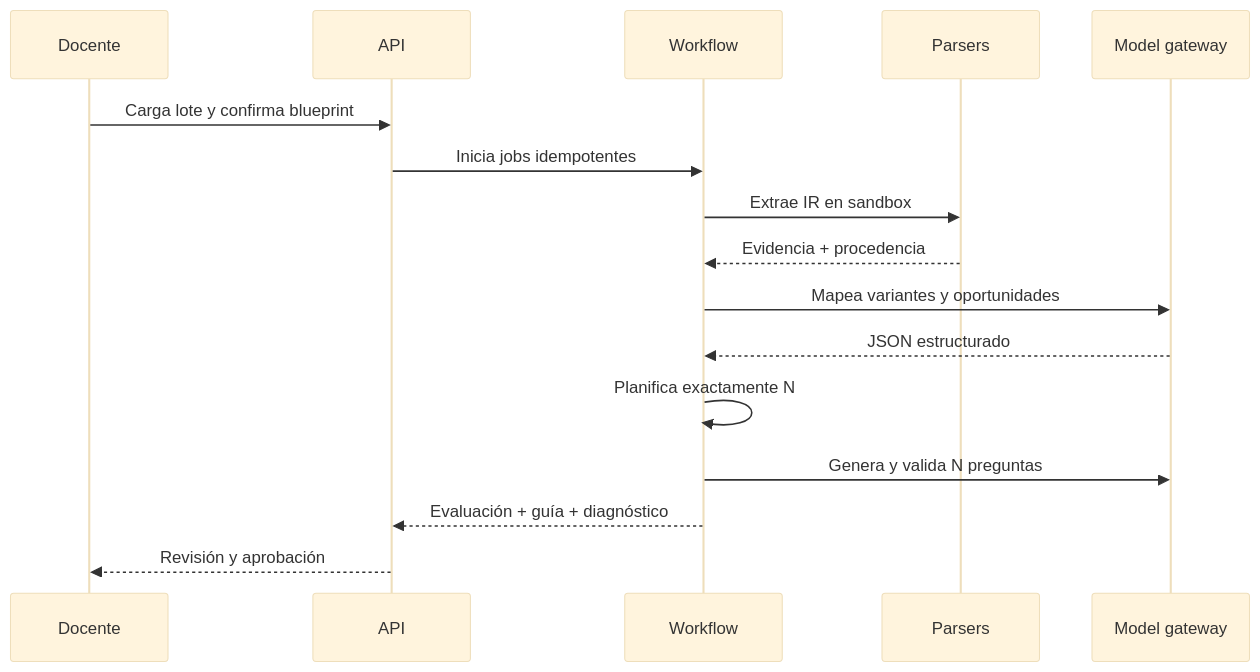
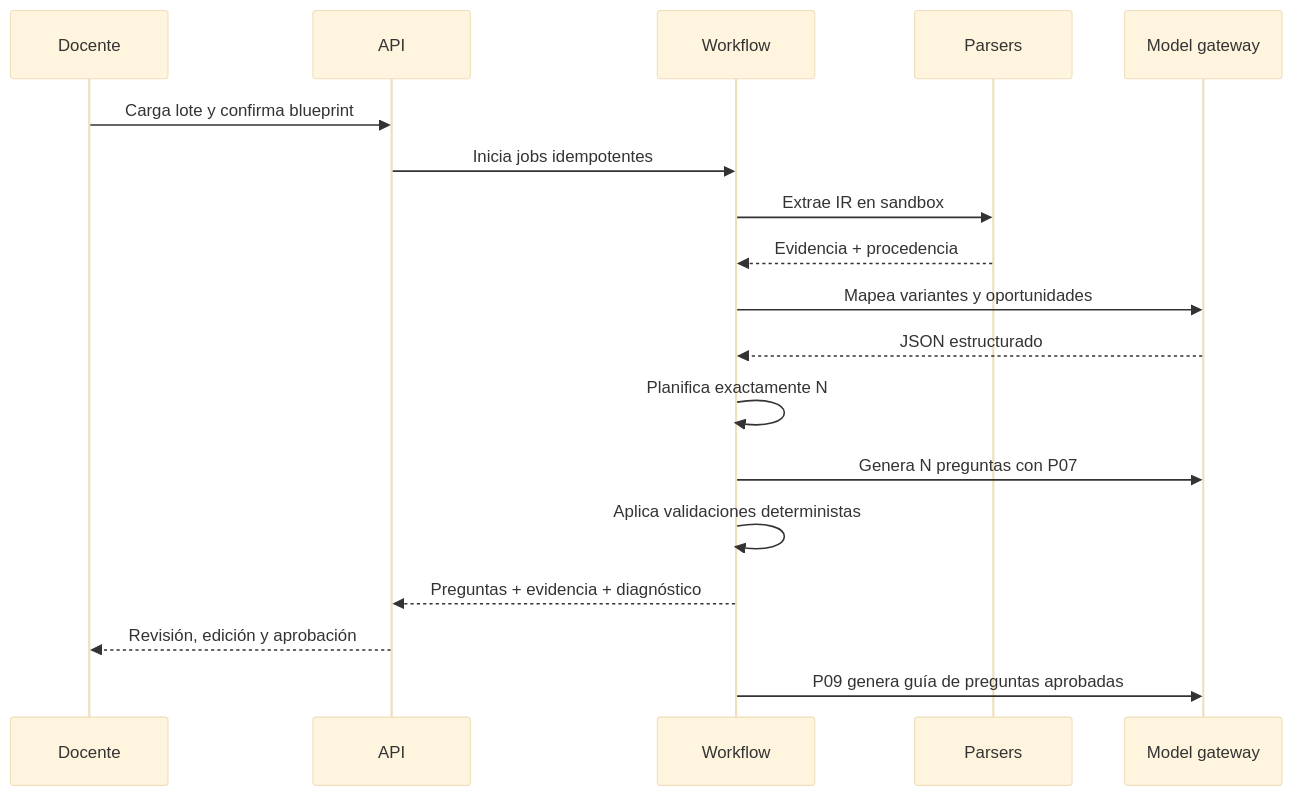
Before and after one commit to WilJms/PruebasPersonalizadas: the sixth of 6 diagrams in specification/00_Especificacion_Arquitectura_v1.1(1).md, drawn with Mermaid (base theme). The commit also changed other lines of this file and 27 other files, not shown here.

````diff
--- a/specification/00_Especificacion_Arquitectura_v1.1(1).md
+++ b/specification/00_Especificacion_Arquitectura_v1.1(1).md
@@ -560,18 +569,20 @@
 ```mermaid
 sequenceDiagram
     participant D as Docente
     participant A as API
     participant W as Workflow
     participant P as Parsers
     participant M as Model gateway
     D->>A: Carga lote y confirma blueprint
     A->>W: Inicia jobs idempotentes
     W->>P: Extrae IR en sandbox
     P-->>W: Evidencia + procedencia
     W->>M: Mapea variantes y oportunidades
     M-->>W: JSON estructurado
     W->>W: Planifica exactamente N
-    W->>M: Genera y valida N preguntas
-    W-->>A: Evaluación + guía + diagnóstico
-    A-->>D: Revisión y aprobación
+    W->>M: Genera N preguntas con P07
+    W->>W: Aplica validaciones deterministas
+    W-->>A: Preguntas + evidencia + diagnóstico
+    A-->>D: Revisión, edición y aprobación
+    W->>M: P09 genera guía de preguntas aprobadas
 ```
````
